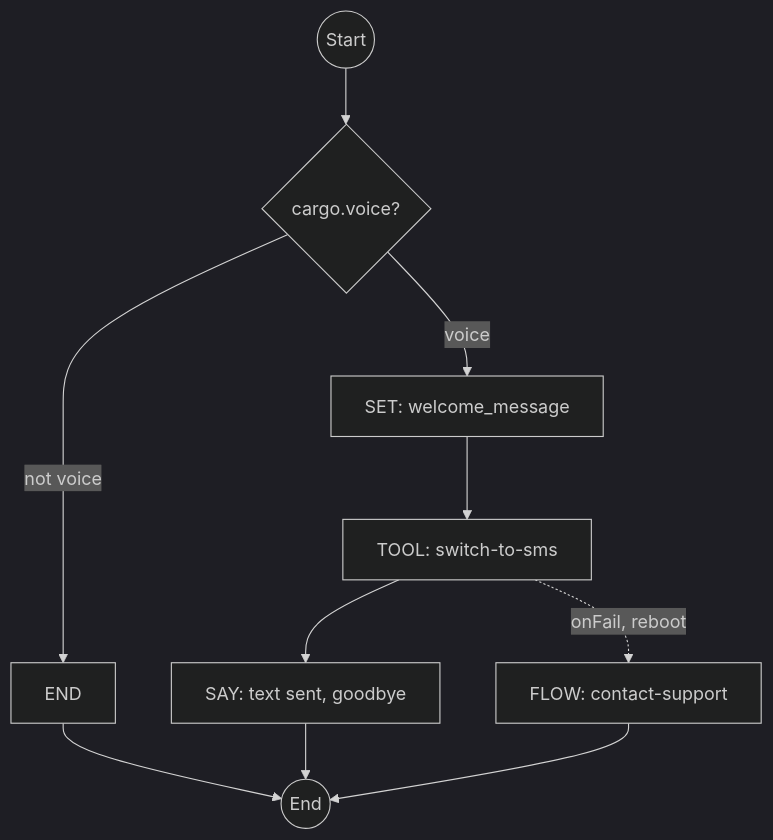
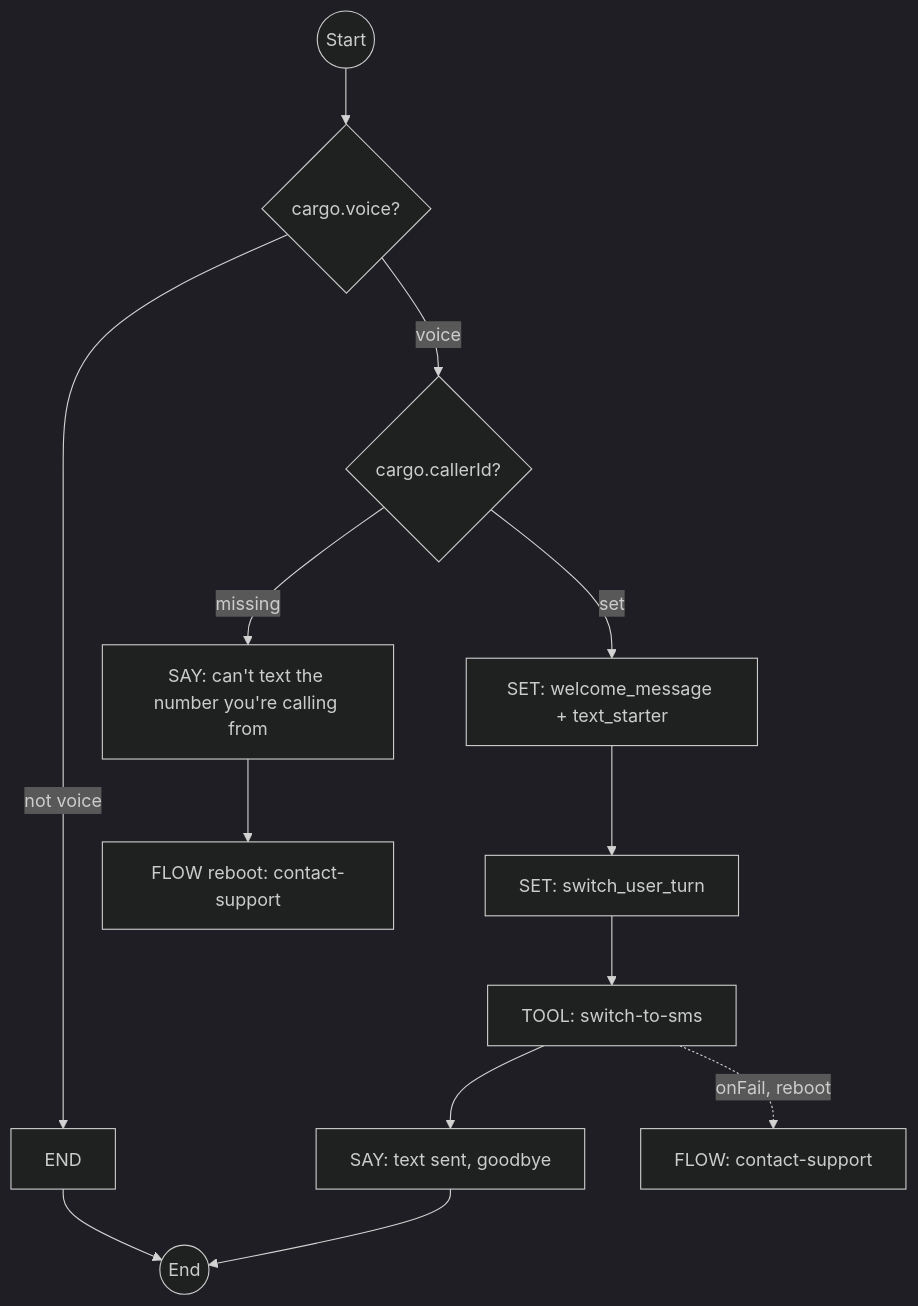
The fourth of 14 diagrams in docs/system-flows.md (ronpinkas/jsfe), drawn with Mermaid (dark theme) before and after one commit. The commit also changed other lines of this file and 1 other file, not shown here.

Commit message:
docs: system and Shopify flow pages match the bundled flows (live-agent-requested 1.6.0, authenticate-user 1.2.0, otp-sms-failed, otp-text-undeliverable, contact-support 1.2.0, OTP code flows, shopify-product-search 1.1.1)

````diff
--- a/docs/system-flows.md
+++ b/docs/system-flows.md
@@ -145,12 +180,15 @@
 ```mermaid
 graph TD
     start((Start)) --> check_already_text{cargo.voice?}
     check_already_text -->|not voice| already_text_mode[END]
-    check_already_text -->|voice| set_welcome_message[SET: welcome_message]
-    set_welcome_message --> send_welcome_sms[TOOL: switch-to-sms]
+    check_already_text -->|voice| check_can_text{cargo.callerId?}
+    check_can_text -->|missing| say_cannot_text[SAY: can't text the number you're calling from]
+    say_cannot_text --> cannot_text_contact_support[FLOW reboot: contact-support]
+    check_can_text -->|set| set_welcome_message[SET: welcome_message + text_starter]
+    set_welcome_message --> set_switch_user_turn[SET: switch_user_turn]
+    set_switch_user_turn --> send_welcome_sms[TOOL: switch-to-sms]
     send_welcome_sms --> confirm_sms_sent[SAY: text sent, goodbye]
     send_welcome_sms -.->|onFail, reboot| sms_failed_flow[FLOW: contact-support]
     confirm_sms_sent --> stop((End))
     already_text_mode --> stop
-    sms_failed_flow --> stop
 ```
````
